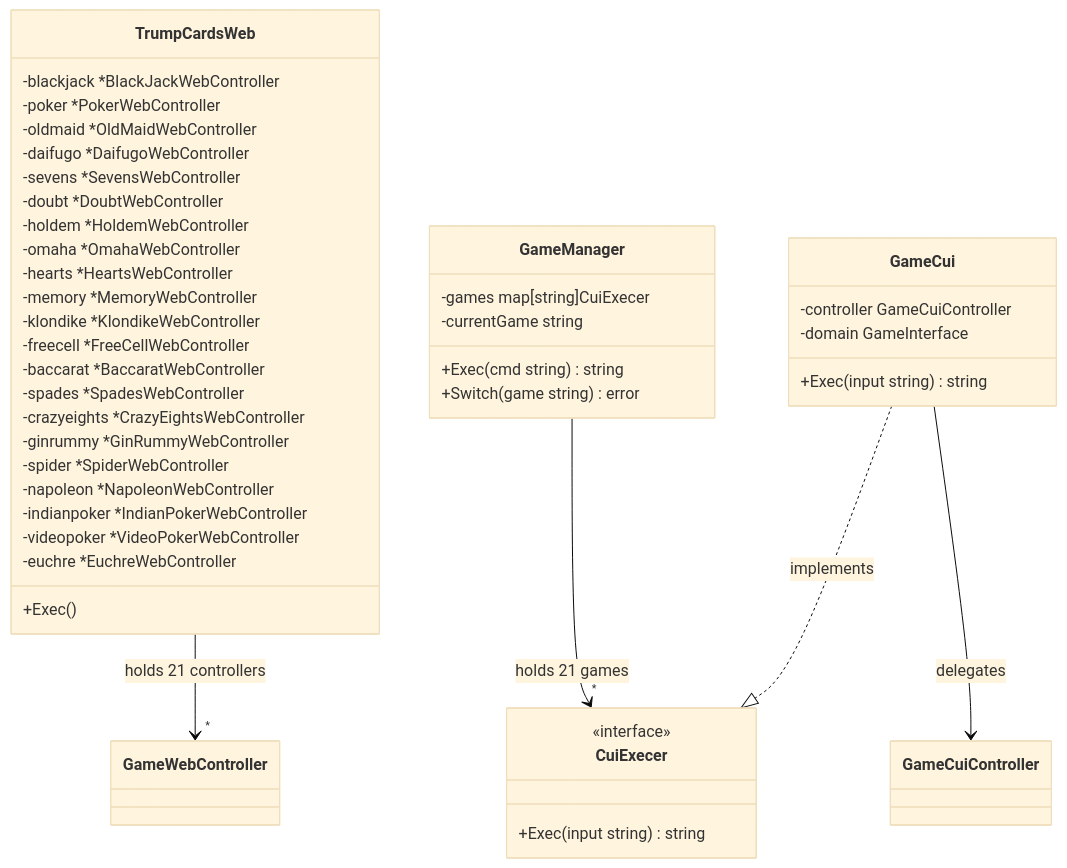
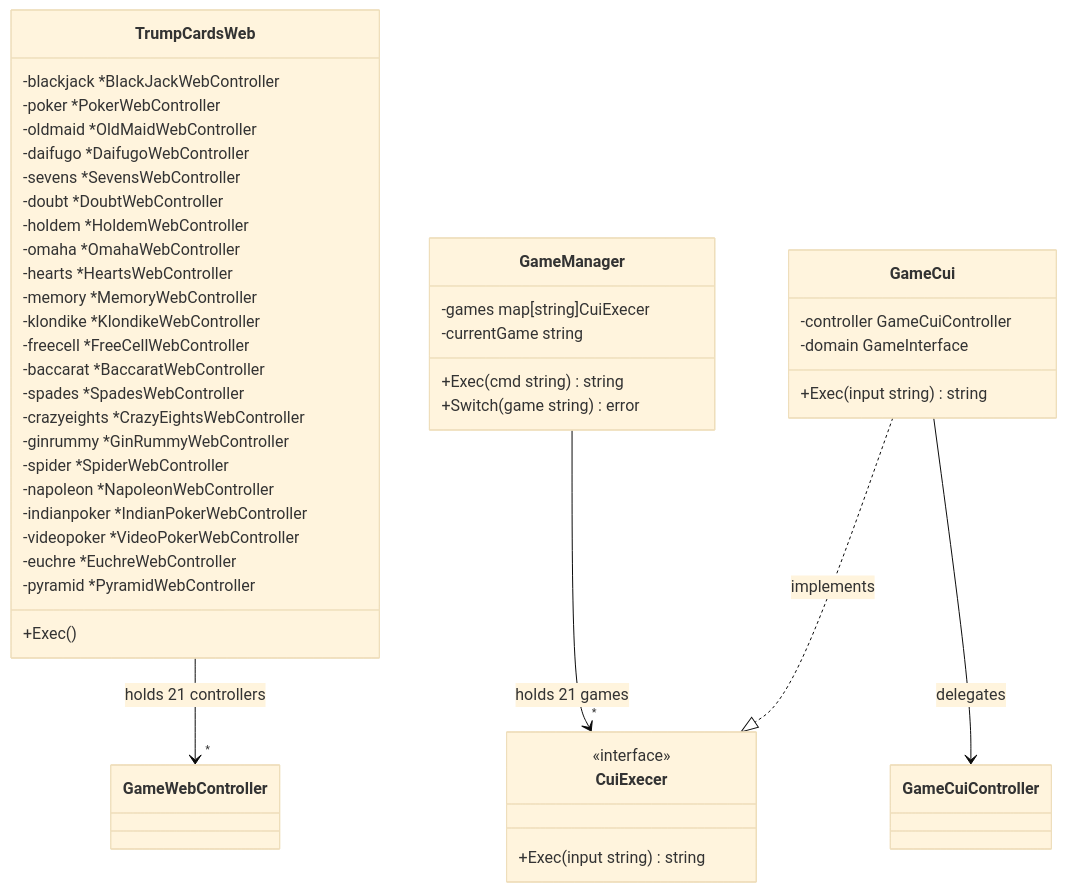
Before and after one commit to yuta-yoshinaga/go_trumpcards: diagram 11 of 31 in docs/design/backend.md, drawn with Mermaid (base theme). The commit also changed other lines of this file and 51 other files, not shown here.

````diff
--- a/docs/design/backend.md
+++ b/docs/design/backend.md
@@ -745,50 +771,51 @@
 ```mermaid
 classDiagram
     class TrumpCardsWeb {
         -blackjack *BlackJackWebController
         -poker *PokerWebController
         -oldmaid *OldMaidWebController
         -daifugo *DaifugoWebController
         -sevens *SevensWebController
         -doubt *DoubtWebController
         -holdem *HoldemWebController
         -omaha *OmahaWebController
         -hearts *HeartsWebController
         -memory *MemoryWebController
         -klondike *KlondikeWebController
         -freecell *FreeCellWebController
         -baccarat *BaccaratWebController
         -spades *SpadesWebController
         -crazyeights *CrazyEightsWebController
         -ginrummy *GinRummyWebController
         -spider *SpiderWebController
         -napoleon *NapoleonWebController
         -indianpoker *IndianPokerWebController
         -videopoker *VideoPokerWebController
         -euchre *EuchreWebController
+        -pyramid *PyramidWebController
         +Exec()
     }
 
     class GameManager {
         -games map[string]CuiExecer
         -currentGame string
         +Exec(cmd string) string
         +Switch(game string) error
     }
 
     class CuiExecer {
         <<interface>>
         +Exec(input string) string
     }
 
     class GameCui {
         -controller GameCuiController
         -domain GameInterface
         +Exec(input string) string
     }
 
     TrumpCardsWeb --> "*" GameWebController : holds 21 controllers
     GameManager --> "*" CuiExecer : holds 21 games
     GameCui ..|> CuiExecer : implements
     GameCui --> GameCuiController : delegates
 ```
````
